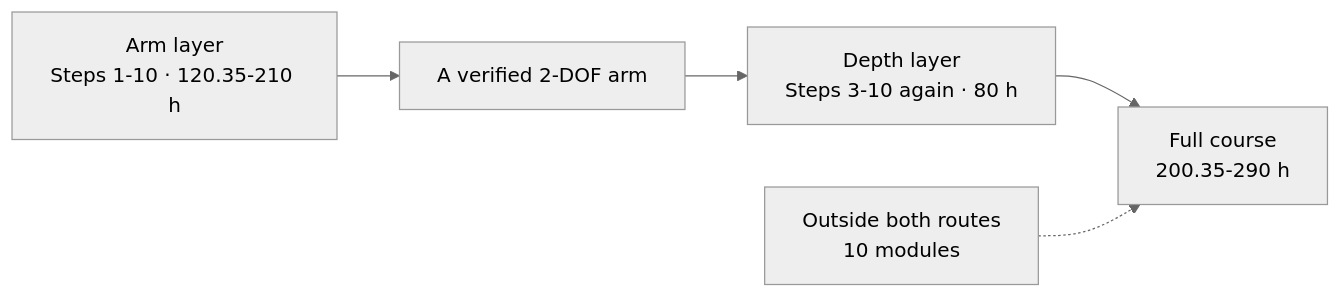
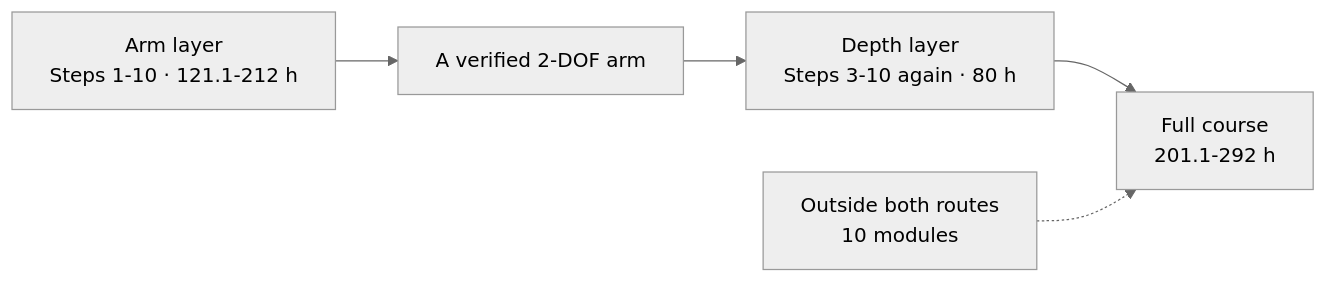
One commit to TLE47/Mechatronics-Roadmap changed the diagram in docs/SYLLABUS.md. Above: the diagram before and after it, drawn with Mermaid (neutral theme). The commit also changed other lines of this file and 73 other files, not shown here.

````diff
--- a/docs/SYLLABUS.md
+++ b/docs/SYLLABUS.md
@@ -26,7 +26,7 @@
 ```mermaid
 flowchart LR
-    Arm["Arm layer<br/>Steps 1-10 · 120.35-210 h"] --> Built["A verified 2-DOF arm"]
+    Arm["Arm layer<br/>Steps 1-10 · 121.1-212 h"] --> Built["A verified 2-DOF arm"]
     Built --> Depth["Depth layer<br/>Steps 3-10 again · 80 h"]
-    Depth --> Full["Full course<br/>200.35-290 h"]
+    Depth --> Full["Full course<br/>201.1-292 h"]
     Outside["Outside both routes<br/>10 modules"] -.-> Full
 ```
````
